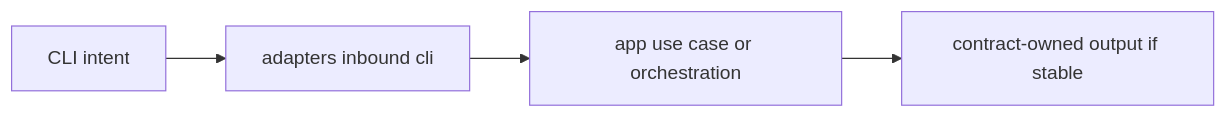
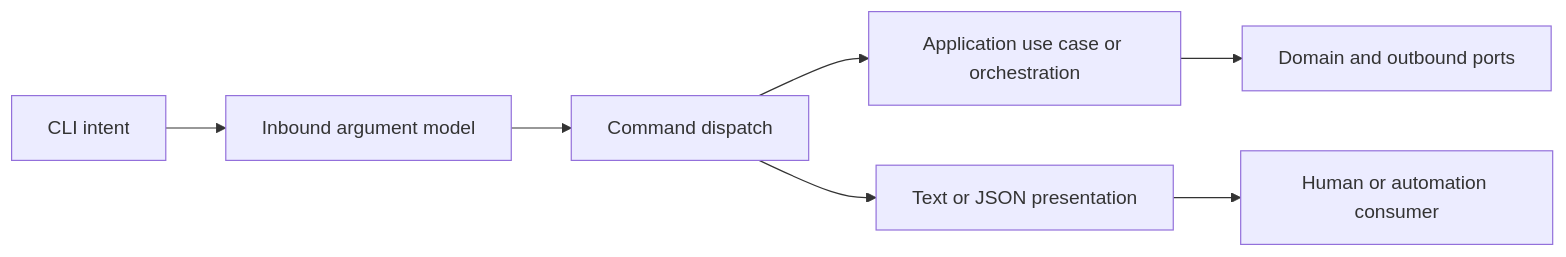
The second of 2 diagrams in docs/bijux-atlas-dev/automation/adding-cli-surface.md (bijux/bijux-atlas), drawn with Mermaid before and after one commit. The commit also changed other lines of this file and 2 other files, not shown here.

Commit message:
docs(extensions): define governed CLI HTTP and contract changes

````diff
--- a/docs/bijux-atlas-dev/automation/adding-cli-surface.md
+++ b/docs/bijux-atlas-dev/automation/adding-cli-surface.md
@@ -30,6 +38,9 @@
 ```mermaid
 flowchart LR
-    CLIIntent[CLI intent] --> Inbound[adapters inbound cli]
-    Inbound --> App[app use case or orchestration]
-    App --> Contracts[contract-owned output if stable]
+    CLIIntent[CLI intent] --> Args[Inbound argument model]
+    Args --> Dispatch[Command dispatch]
+    Dispatch --> App[Application use case or orchestration]
+    App --> Domain[Domain and outbound ports]
+    Dispatch --> Presentation[Text or JSON presentation]
+    Presentation --> Consumer[Human or automation consumer]
 ```
````
